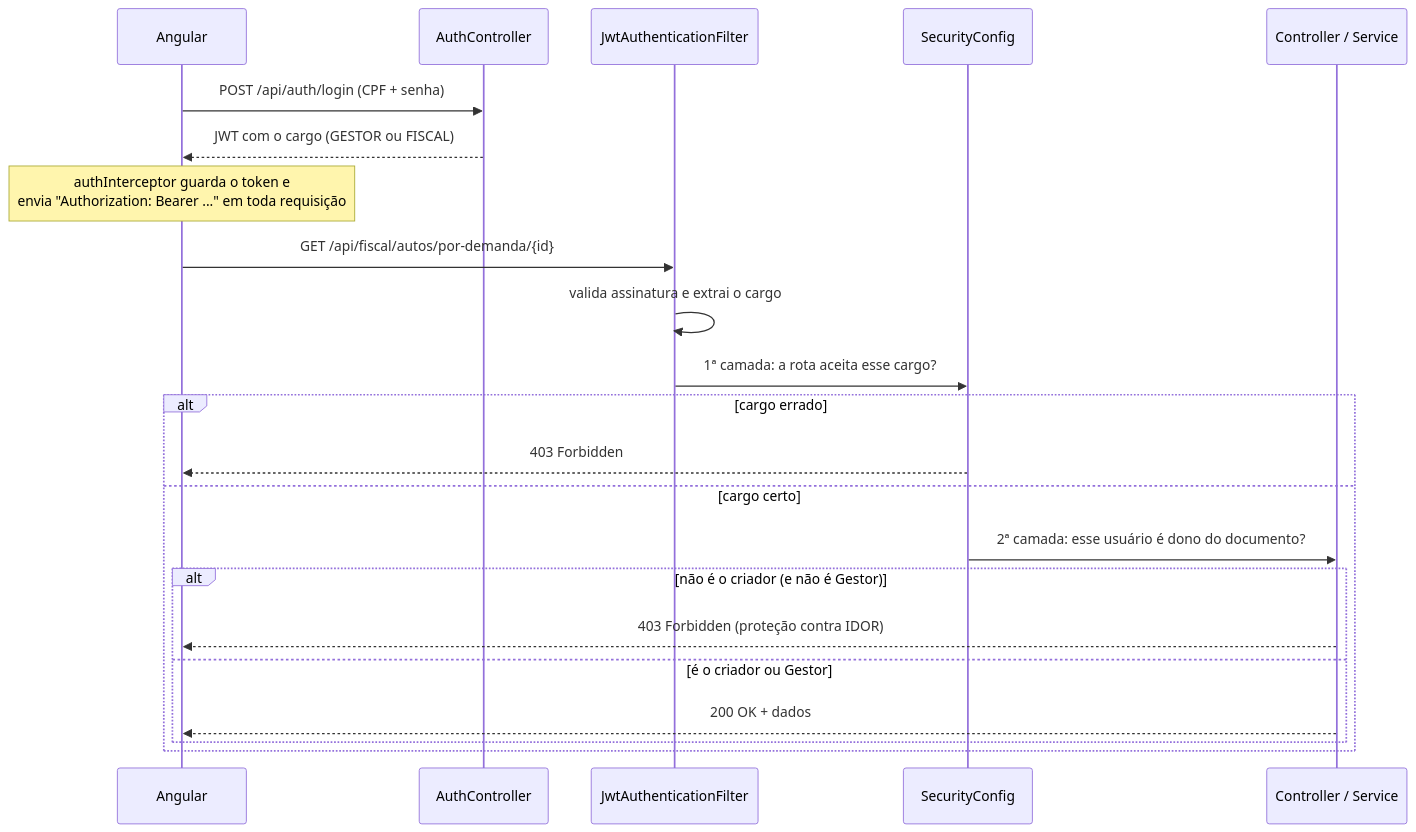
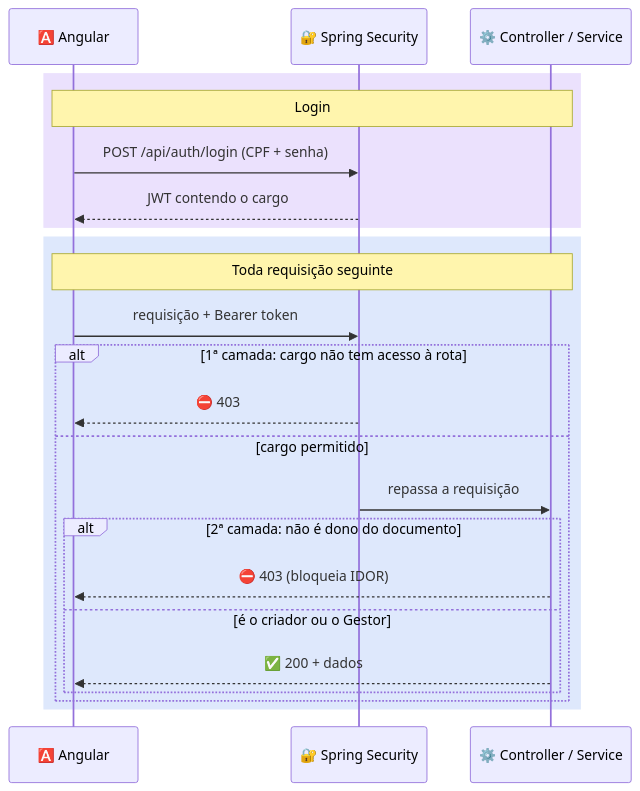
One commit to Lulu-blue/M-dulo-de-Fiscaliza-o-Ambiental changed the fourth of 6 diagrams in README.md. Above: the diagram before and after it, drawn with Mermaid. The commit also changed other lines of this file, not shown here.

````diff
--- a/README.md
+++ b/README.md
@@ -270,26 +294,27 @@
 ```mermaid
 sequenceDiagram
-    participant A as Angular
-    participant Auth as AuthController
-    participant JF as JwtAuthenticationFilter
-    participant SC as SecurityConfig
-    participant C as Controller / Service
+    participant A as 🅰️ Angular
+    participant S as 🔐 Spring Security
+    participant C as ⚙️ Controller / Service
 
-    A->>Auth: POST /api/auth/login (CPF + senha)
-    Auth-->>A: JWT com o cargo (GESTOR ou FISCAL)
-    Note over A: authInterceptor guarda o token e<br/>envia "Authorization: Bearer ..." em toda requisição
+    rect rgba(124, 58, 237, 0.15)
+    Note over A,C: Login
+    A->>S: POST /api/auth/login (CPF + senha)
+    S-->>A: JWT contendo o cargo
+    end
 
-    A->>JF: GET /api/fiscal/autos/por-demanda/{id}
-    JF->>JF: valida assinatura e extrai o cargo
-    JF->>SC: 1ª camada: a rota aceita esse cargo?
-    alt cargo errado
-        SC-->>A: 403 Forbidden
-    else cargo certo
-        SC->>C: 2ª camada: esse usuário é dono do documento?
-        alt não é o criador (e não é Gestor)
-            C-->>A: 403 Forbidden (proteção contra IDOR)
-        else é o criador ou Gestor
-            C-->>A: 200 OK + dados
+    rect rgba(37, 99, 235, 0.15)
+    Note over A,C: Toda requisição seguinte
+    A->>S: requisição + Bearer token
+    alt 1ª camada: cargo não tem acesso à rota
+        S-->>A: ⛔ 403
+    else cargo permitido
+        S->>C: repassa a requisição
+        alt 2ª camada: não é dono do documento
+            C-->>A: ⛔ 403 (bloqueia IDOR)
+        else é o criador ou o Gestor
+            C-->>A: ✅ 200 + dados
         end
     end
+    end
 ```
````
